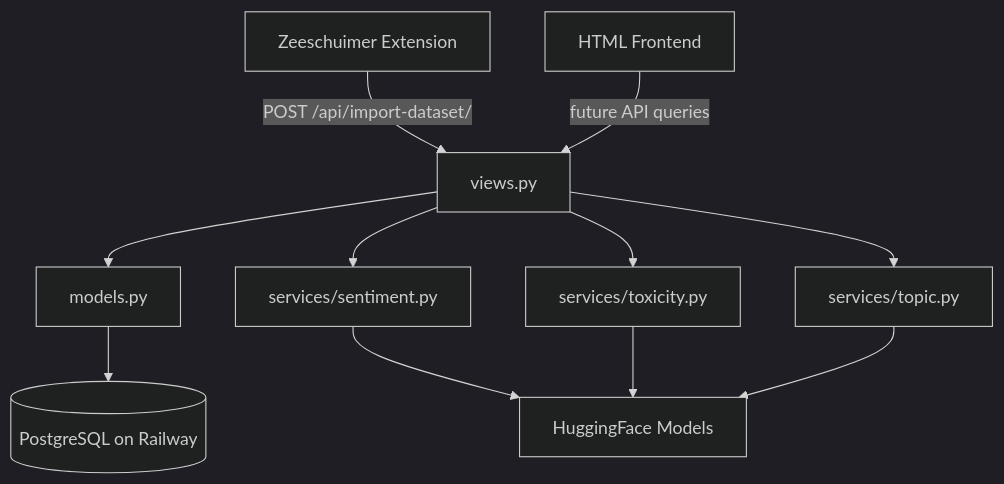
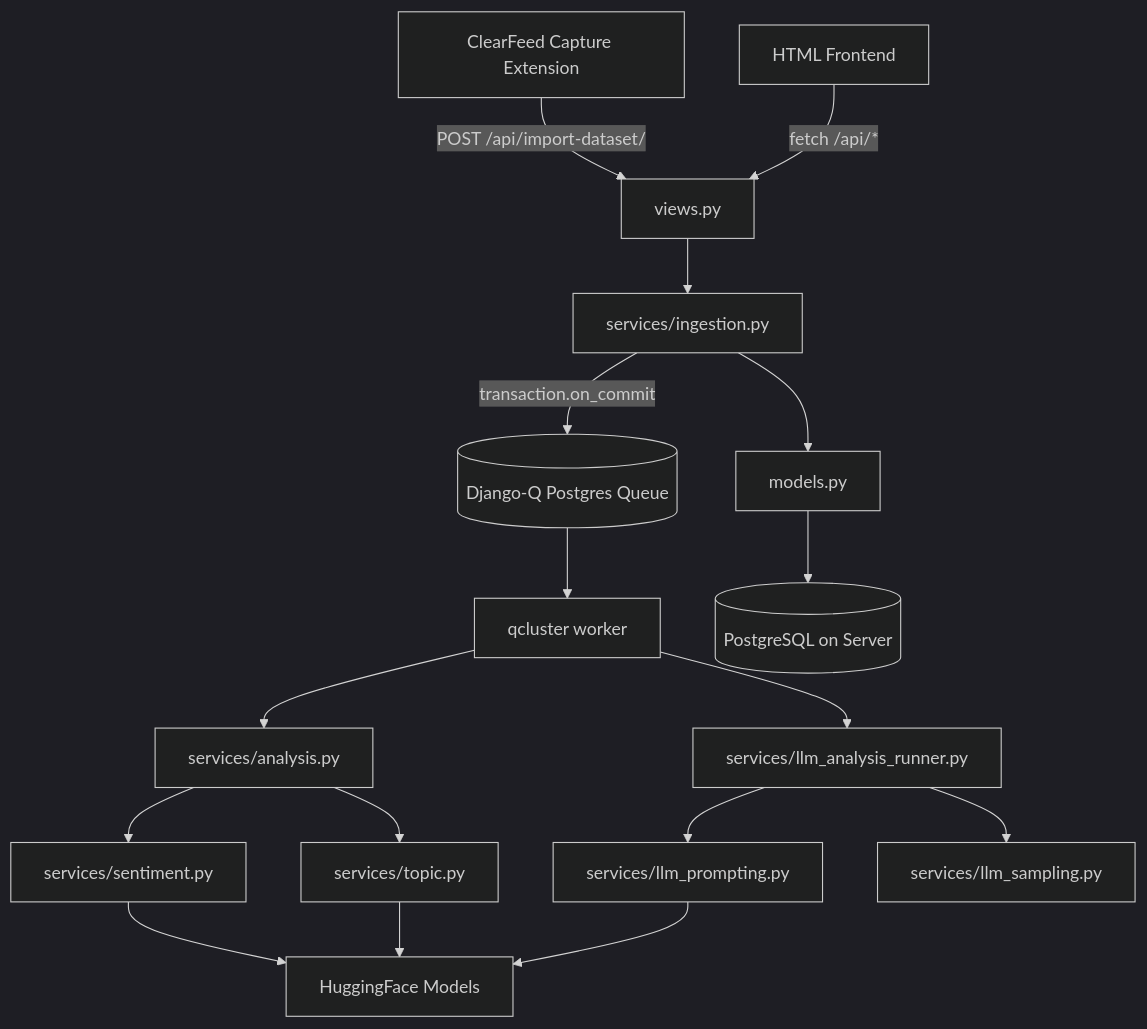
One commit to uchicago-capp-30320/ClearFeed changed the diagram in docs/architecture.md. Above: the diagram before and after it, drawn with Mermaid (dark theme). The commit also changed other lines of this file and 4 other files, not shown here.

````diff
--- a/docs/architecture.md
+++ b/docs/architecture.md
@@ -173,13 +170,19 @@
 ```mermaid
 flowchart TD
-    EXT[Zeeschuimer Extension] -->|POST /api/import-dataset/| VIEWS[views.py]
-    VIEWS --> MODELS[models.py]
-    VIEWS --> SENT[services/sentiment.py]
-    VIEWS --> TOX[services/toxicity.py]
-    VIEWS --> TOP[services/topic.py]
+    EXT[ClearFeed Capture Extension] -->|POST /api/import-dataset/| VIEWS[views.py]
+    VIEWS --> ING[services/ingestion.py]
+    ING --> MODELS[models.py]
+    ING -->|transaction.on_commit| DQ[(Django-Q Postgres Queue)]
+    DQ --> WORKER[qcluster worker]
+    WORKER --> ANALYSIS[services/analysis.py]
+    ANALYSIS --> SENT[services/sentiment.py]
+    ANALYSIS --> TOP[services/topic.py]
+    WORKER --> LLM[services/llm_analysis_runner.py]
+    LLM --> PROMPT[services/llm_prompting.py]
+    LLM --> SAMPLE[services/llm_sampling.py]
     SENT --> HF[HuggingFace Models]
-    TOX --> HF
     TOP --> HF
-    MODELS --> DB[(PostgreSQL on Railway)]
-    FRONT[HTML Frontend] -->|future API queries| VIEWS
+    PROMPT --> HF
+    MODELS --> DB[(PostgreSQL on Server)]
+    FRONT[HTML Frontend] -->|fetch /api/*| VIEWS
 ```
````
